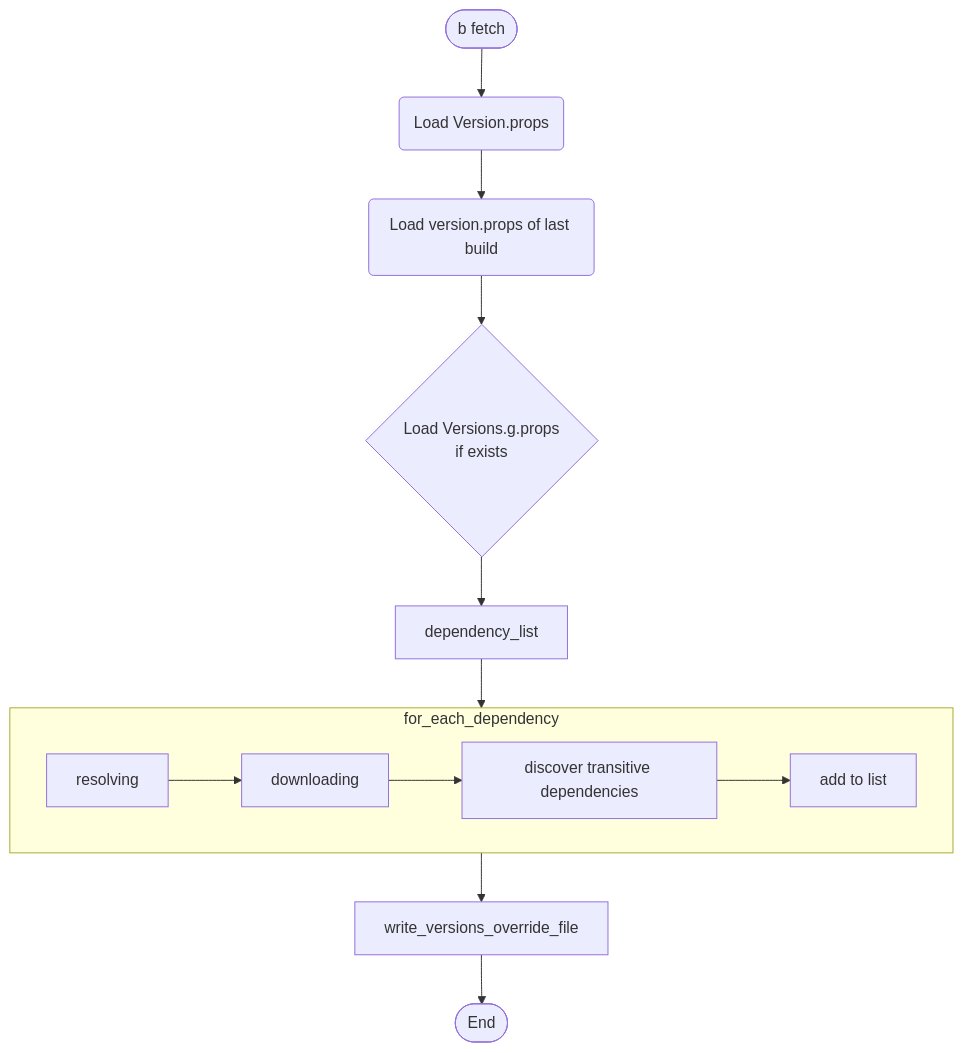
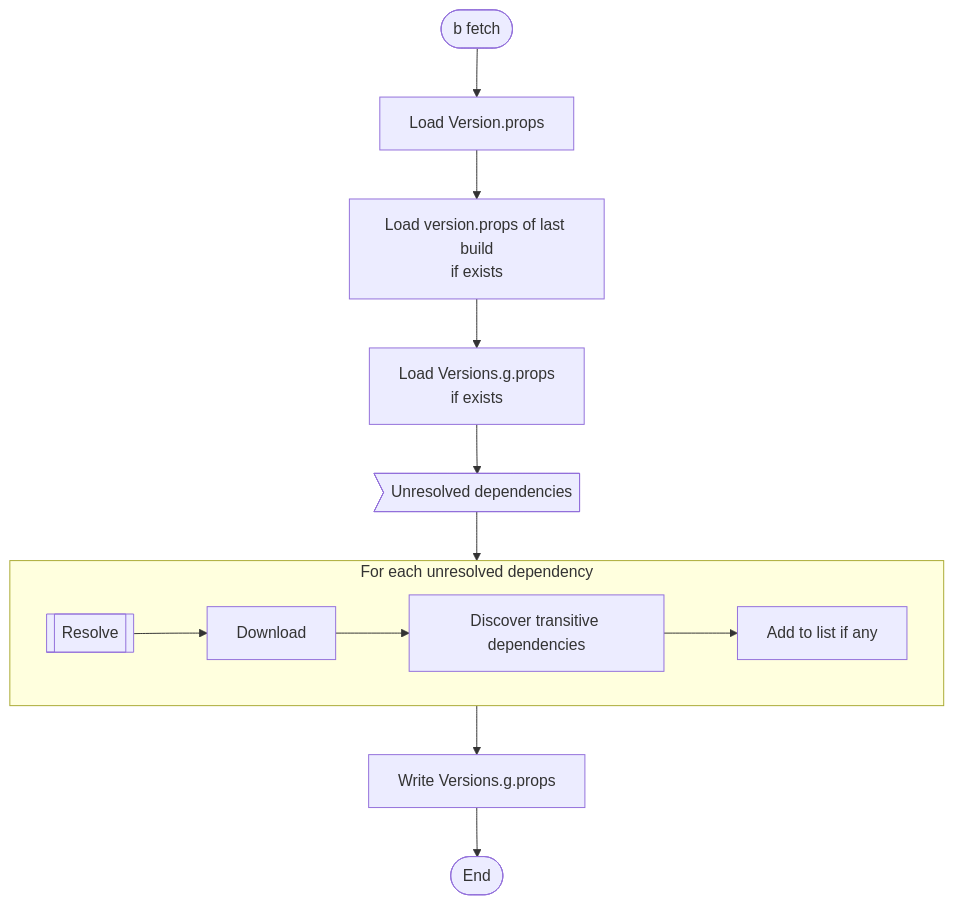
One commit to postsharp/PostSharp.Engineering changed the second of 3 diagrams in doc/build-flow.md. Above: the diagram before and after it, drawn with Mermaid. The commit also changed other lines of this file, not shown here.

Commit message:
#29947 Build flow cleaned up.

````diff
--- a/doc/build-flow.md
+++ b/doc/build-flow.md
@@ -16,16 +15,18 @@
 ```mermaid
 flowchart TB
     start([b fetch])
 
-    start --> load_default_version(Load Version.props)
-    load_default_version --> load_last_build(Load version.props of last build)
-     load_last_build --> load_versions_override_file{Load Versions.g.props<br/>if exists}
-load_versions_override_file --> dependency_list
-dependency_list --> for_each_dependency
-subgraph for_each_dependency
-    resolving --> downloading --> discover[discover transitive dependencies] --> add[add to list]
-end
+    start --> load_default_version[Load Version.props]
 
+    load_default_version --> load_last_build[Load version.props of last build<br>if exists]
+    load_last_build --> load_versions_override_file[Load Versions.g.props<br>if exists]
+    load_versions_override_file --> dependency_list>Unresolved dependencies]
 
-  for_each_dependency --> write_versions_override_file  --> END([End])
+    dependency_list --> for_each_dependency
+    
+    subgraph for_each_dependency[For each unresolved dependency]
+        resolve[[Resolve]] --> download[Download] --> discover[Discover transitive dependencies] --> add[Add to list if any]
+    end
+
+    for_each_dependency --> write_versions_override_file[Write Versions.g.props] --> END([End])
 ```
````
